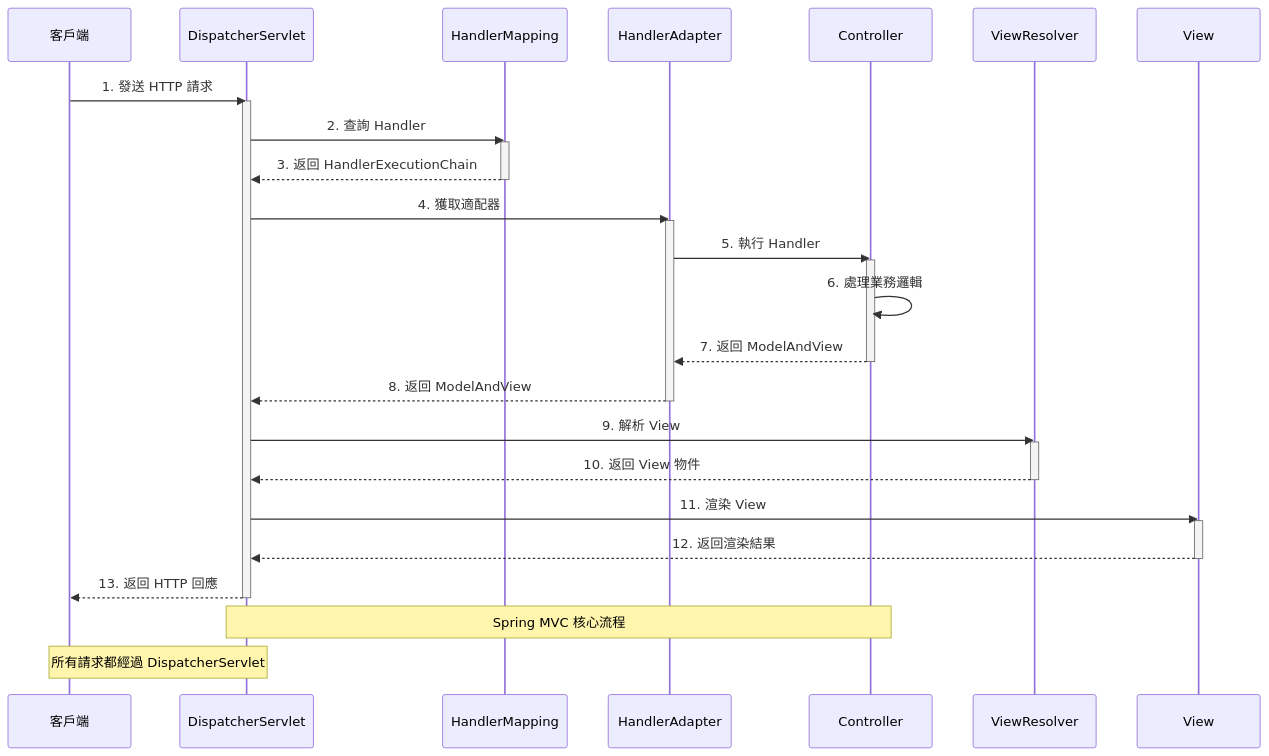
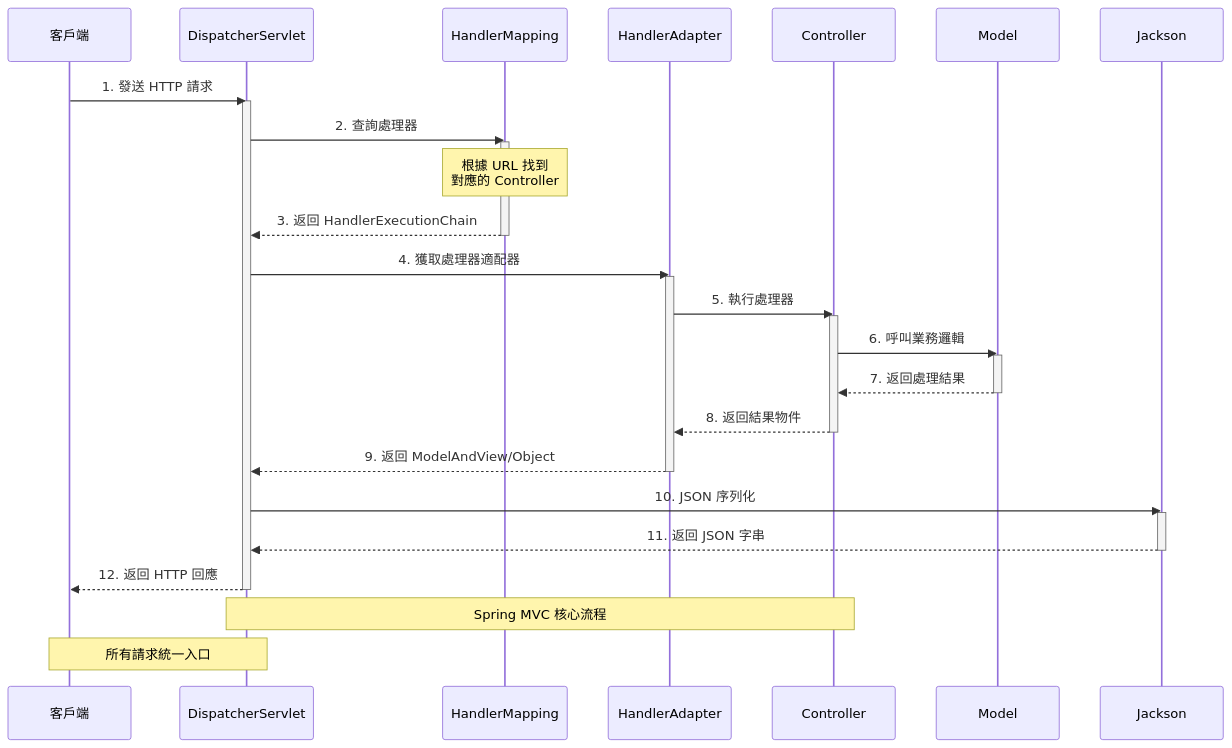
Before and after one commit to kevintsai1202/Spring_AI_BOOK: the second of 5 diagrams in docs/chapter2/2.1-spring-mvc-basics.md, drawn with Mermaid. The commit also changed other lines of this file and 457 other files, not shown here.

````diff
--- a/docs/chapter2/2.1-spring-mvc-basics.md
+++ b/docs/chapter2/2.1-spring-mvc-basics.md
@@ -88,44 +148,43 @@
 ```mermaid
 sequenceDiagram
     participant Client as 客戶端
     participant DS as DispatcherServlet
     participant HM as HandlerMapping
     participant HA as HandlerAdapter
     participant Controller as Controller
-    participant ViewResolver as ViewResolver
-    participant View as View
+    participant Model as Model
+    participant Jackson as Jackson
 
     Client->>DS: 1. 發送 HTTP 請求
     activate DS
 
-    DS->>HM: 2. 查詢 Handler
+    DS->>HM: 2. 查詢處理器
     activate HM
+    Note over HM: 根據 URL 找到<br/>對應的 Controller
     HM-->>DS: 3. 返回 HandlerExecutionChain
     deactivate HM
 
-    DS->>HA: 4. 獲取適配器
+    DS->>HA: 4. 獲取處理器適配器
     activate HA
-    HA->>Controller: 5. 執行 Handler
+    HA->>Controller: 5. 執行處理器
     activate Controller
-    Controller->>Controller: 6. 處理業務邏輯
-    Controller-->>HA: 7. 返回 ModelAndView
+    Controller->>Model: 6. 呼叫業務邏輯
+    activate Model
+    Model-->>Controller: 7. 返回處理結果
+    deactivate Model
+    Controller-->>HA: 8. 返回結果物件
     deactivate Controller
-    HA-->>DS: 8. 返回 ModelAndView
+    HA-->>DS: 9. 返回 ModelAndView/Object
     deactivate HA
 
-    DS->>ViewResolver: 9. 解析 View
-    activate ViewResolver
-    ViewResolver-->>DS: 10. 返回 View 物件
-    deactivate ViewResolver
+    DS->>Jackson: 10. JSON 序列化
+    activate Jackson
+    Jackson-->>DS: 11. 返回 JSON 字串
+    deactivate Jackson
 
-    DS->>View: 11. 渲染 View
-    activate View
-    View-->>DS: 12. 返回渲染結果
-    deactivate View
-
-    DS-->>Client: 13. 返回 HTTP 回應
+    DS-->>Client: 12. 返回 HTTP 回應
     deactivate DS
 
     Note over DS,Controller: Spring MVC 核心流程
-    Note over Client,DS: 所有請求都經過 DispatcherServlet
+    Note over Client,DS: 所有請求統一入口
 ```
````
